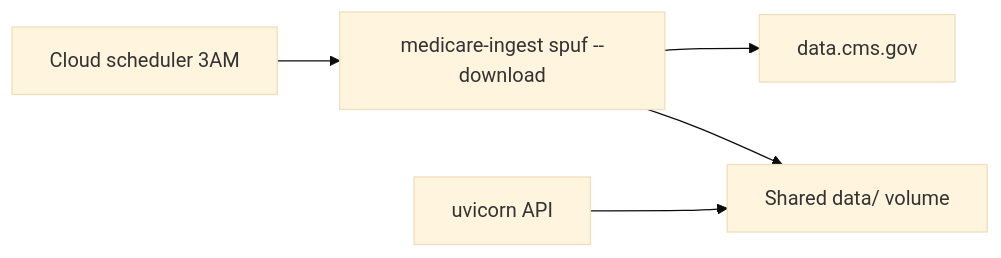
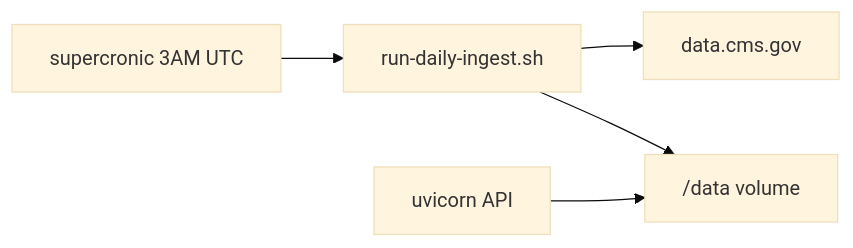
The diagram in docs/deployment.md (SreeCodes2021/Medicare-drug-cost-navigator), drawn with Mermaid (base theme) before and after one commit. The commit also changed other lines of this file and 40 other files, not shown here.

Commit message:
Add Phase 4 SPUF-only data path, Render deploy, and fixture tests

````diff
--- a/docs/deployment.md
+++ b/docs/deployment.md
@@ -7,13 +36,13 @@
 ```mermaid
 flowchart LR
-    Scheduler["Cloud scheduler 3AM"]
-    Ingest["medicare-ingest spuf --download"]
+    Scheduler["supercronic 3AM UTC"]
+    Ingest["run-daily-ingest.sh"]
     CMS[data.cms.gov]
-    DataVol["Shared data/ volume"]
+    DataVol["/data volume"]
     API[uvicorn API]
 
     Scheduler --> Ingest
     Ingest --> CMS
     Ingest --> DataVol
     API --> DataVol
 ```
````
